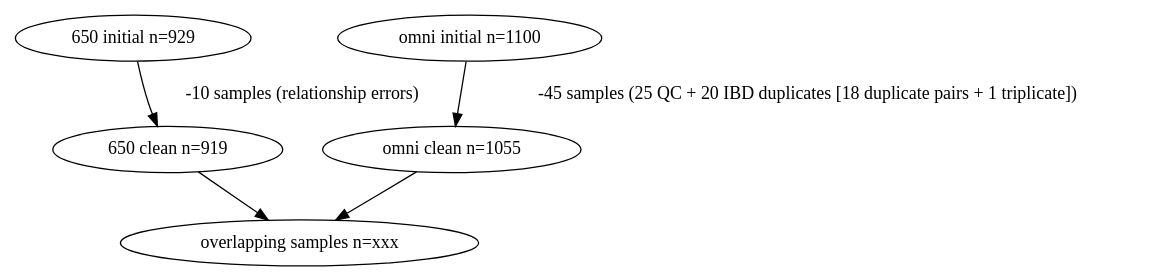
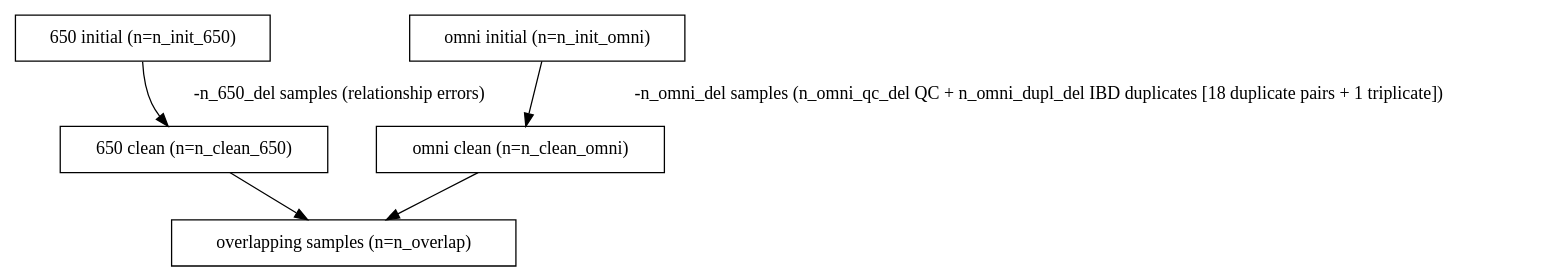
The diagram in doc/flow.dot (TOPMed-BAGS/sample_identity), drawn with Graphviz before and after one commit. The commit also changed 2 other files, not shown here.

Commit message:
Comitting changes so to that the content of the first 2 steps are automagically in the flow diagram

```diff
--- a/doc/flow.dot
+++ b/doc/flow.dot
@@ -1,9 +1,13 @@
 #!dot
 digraph {
-    "650 initial n=929" -> "650 clean n=919"[label=" -10 samples (relationship errors)"];
+    INIT_SIX [label="650 initial (n=n_init_650)", shape=box]
+    INIT_OMNI [label="omni initial (n=n_init_omni)", shape=box]
+    CLEAN_SIX [label="650 clean (n=n_clean_650)", shape=box]
+    CLEAN_OMNI [label="omni clean (n=n_clean_omni)", shape=box]
+    OVERLAP [label="overlapping samples (n=n_overlap)", shape=box]
 
-    "omni initial n=1100" -> "omni clean n=1055"[label=" -45 samples (25 QC + 20 IBD duplicates [18 duplicate pairs + 1 triplicate])"];
-
-    "650 clean n=919" -> "overlapping samples n=xxx";
-    "omni clean n=1055" ->  "overlapping samples n=xxx";
+    INIT_SIX->CLEAN_SIX [label=" -n_650_del samples (relationship errors)"];
+    INIT_OMNI->CLEAN_OMNI [label=" -n_omni_del samples (n_omni_qc_del QC + n_omni_dupl_del IBD duplicates [18 duplicate pairs + 1 triplicate])"];
+    CLEAN_SIX->OVERLAP;
+    CLEAN_OMNI->OVERLAP;
 }
```
